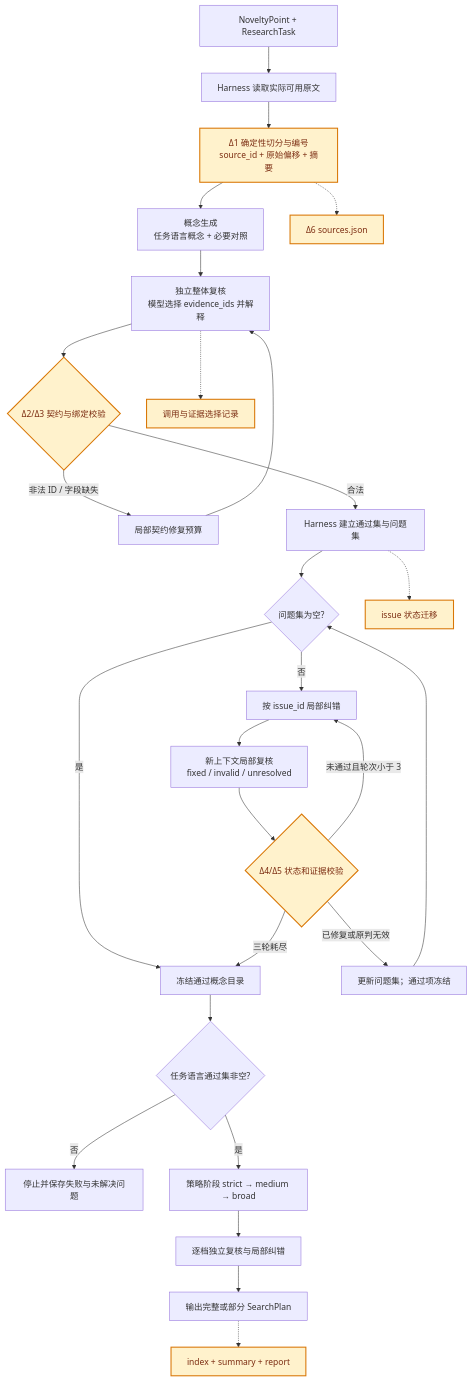
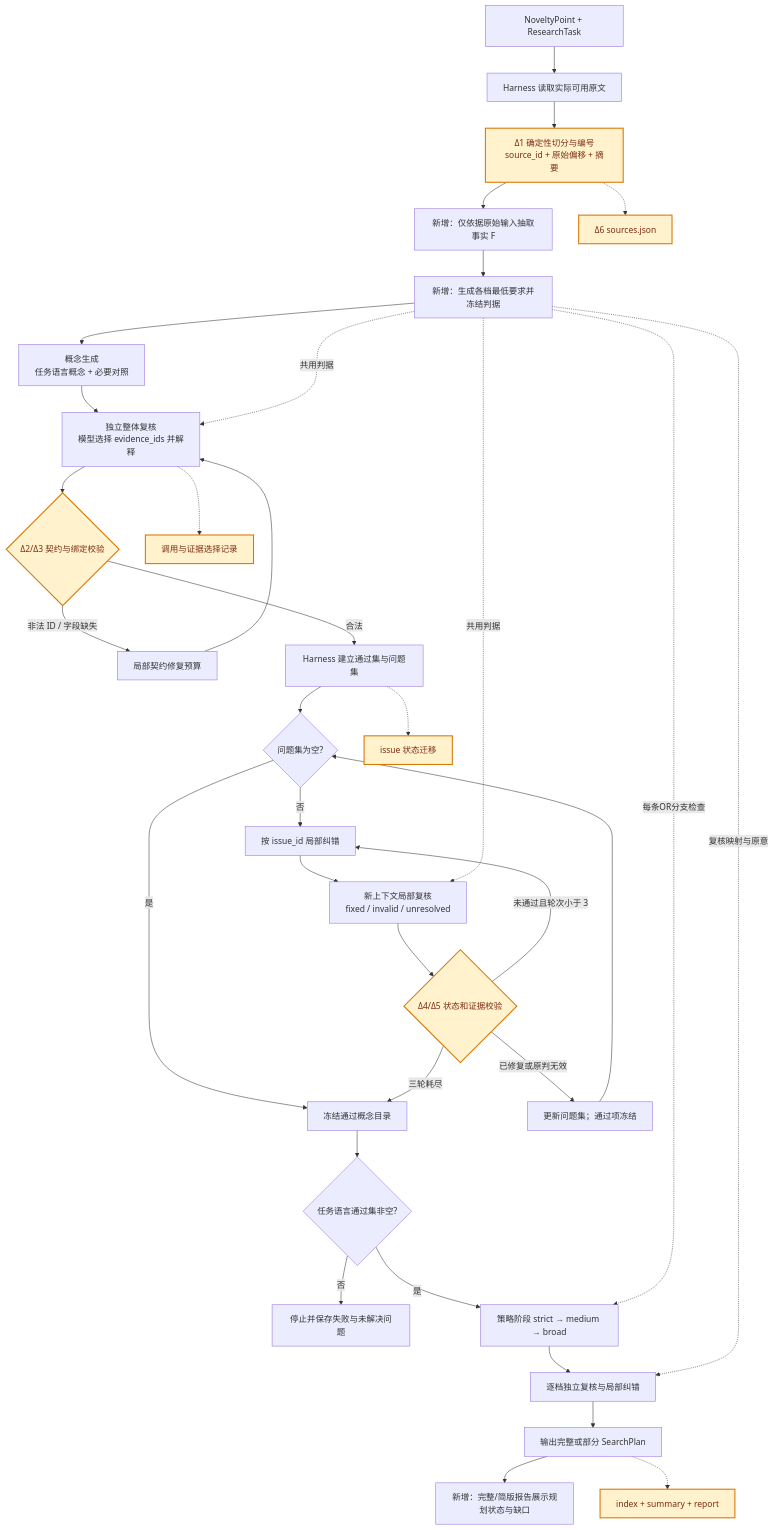
One commit to 241300015/Novelty-Multi-Agent-Framework changed the diagram in docs/experiments/planner-concept-stage/plan-v2.md. Above: the diagram before and after it, drawn with Mermaid. The commit also changed other lines of this file and 28 other files, not shown here.

````diff
--- a/docs/experiments/planner-concept-stage/plan-v2.md
+++ b/docs/experiments/planner-concept-stage/plan-v2.md
@@ -60,33 +66,40 @@
 ```mermaid
 flowchart TD
     A[NoveltyPoint + ResearchTask] --> B[Harness 读取实际可用原文]
     B --> C[Δ1 确定性切分与编号<br/>source_id + 原始偏移 + 摘要]
-    C --> D[概念生成<br/>任务语言概念 + 必要对照]
+    C --> S0[新增：仅依据原始输入抽取事实 F]
+    S0 --> S1[新增：生成各档最低要求并冻结判据]
+    S1 --> D[概念生成<br/>任务语言概念 + 必要对照]
     D --> E[独立整体复核<br/>模型选择 evidence_ids 并解释]
     E --> F{Δ2/Δ3 契约与绑定校验}
     F -->|非法 ID / 字段缺失| G[局部契约修复预算]
     G --> E
     F -->|合法| H[Harness 建立通过集与问题集]
     H --> I{问题集为空?}
     I -->|是| N[冻结通过概念目录]
     I -->|否| J[按 issue_id 局部纠错]
     J --> K[新上下文局部复核<br/>fixed / invalid / unresolved]
     K --> L{Δ4/Δ5 状态和证据校验}
     L -->|未通过且轮次小于 3| J
     L -->|已修复或原判无效| M[更新问题集；通过项冻结]
     M --> I
     L -->|三轮耗尽| N
     N --> O{任务语言通过集非空?}
     O -->|否| P[停止并保存失败与未解决问题]
     O -->|是| Q[策略阶段 strict → medium → broad]
     Q --> R[逐档独立复核与局部纠错]
     R --> S[输出完整或部分 SearchPlan]
+    S1 -.共用判据.-> E
+    S1 -.共用判据.-> K
+    S1 -.每条OR分支检查.-> Q
+    S1 -.复核映射与原意.-> R
+    S --> X[新增：完整/简版报告展示规划状态与缺口]
 
     C -.-> T[Δ6 sources.json]
     E -.-> U[调用与证据选择记录]
     H -.-> V[issue 状态迁移]
     S -.-> W[index + summary + report]
 
     classDef delta fill:#fff2cc,stroke:#d97706,stroke-width:2px,color:#7c2d12;
     class C,F,L,T,U,V,W delta;
 ```
````
